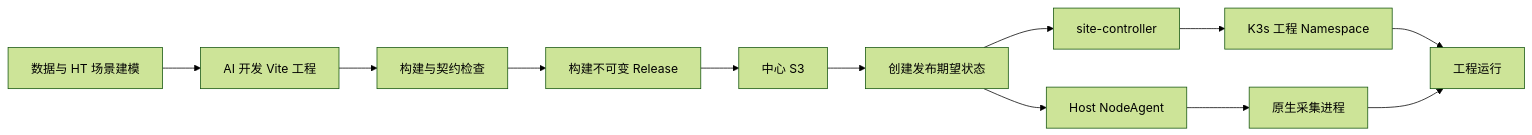
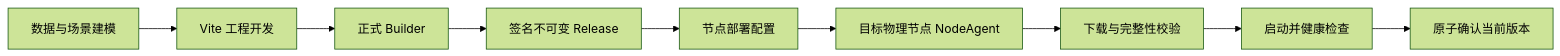
The second of 2 diagrams in docs/01-产品与架构/平台系统架构.md (hsworld-top/InduForge), drawn with Mermaid (forest theme) before and after one commit. The commit also changed other lines of this file and 9 other files, not shown here.

````diff
--- a/docs/01-产品与架构/平台系统架构.md
+++ b/docs/01-产品与架构/平台系统架构.md
@@ -145,14 +118,11 @@
 ```mermaid
 graph LR
-    Model["数据与 HT 场景建模"] --> Develop["AI 开发 Vite 工程"]
-    Develop --> Validate["构建与契约检查"]
-    Validate --> Build["构建不可变 Release"]
-    Build --> S3["中心 S3"]
-    S3 --> Publish["创建发布期望状态"]
-    Publish --> SiteController["site-controller"]
-    Publish --> Agent["Host NodeAgent"]
-    SiteController --> K3s["K3s 工程 Namespace"]
-    Agent --> Native["原生采集进程"]
-    K3s --> Running["工程运行"]
-    Native --> Running
+    Model["数据与场景建模"] --> Develop["Vite 工程开发"]
+    Develop --> Builder["正式 Builder"]
+    Builder --> Release["签名不可变 Release"]
+    Release --> Binding["节点部署配置"]
+    Binding --> Agent["目标物理节点 NodeAgent"]
+    Agent --> Verify["下载与完整性校验"]
+    Verify --> Start["启动并健康检查"]
+    Start --> Switch["原子确认当前版本"]
 ```
````
